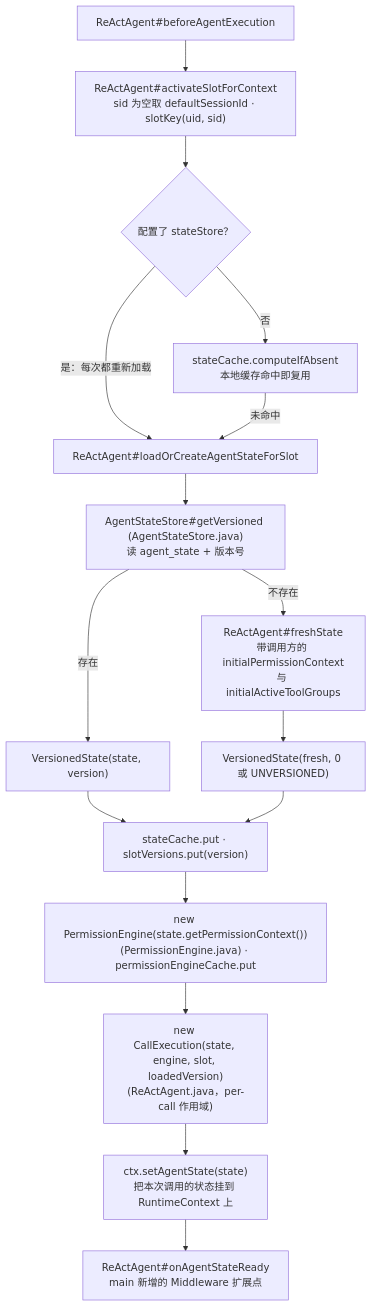
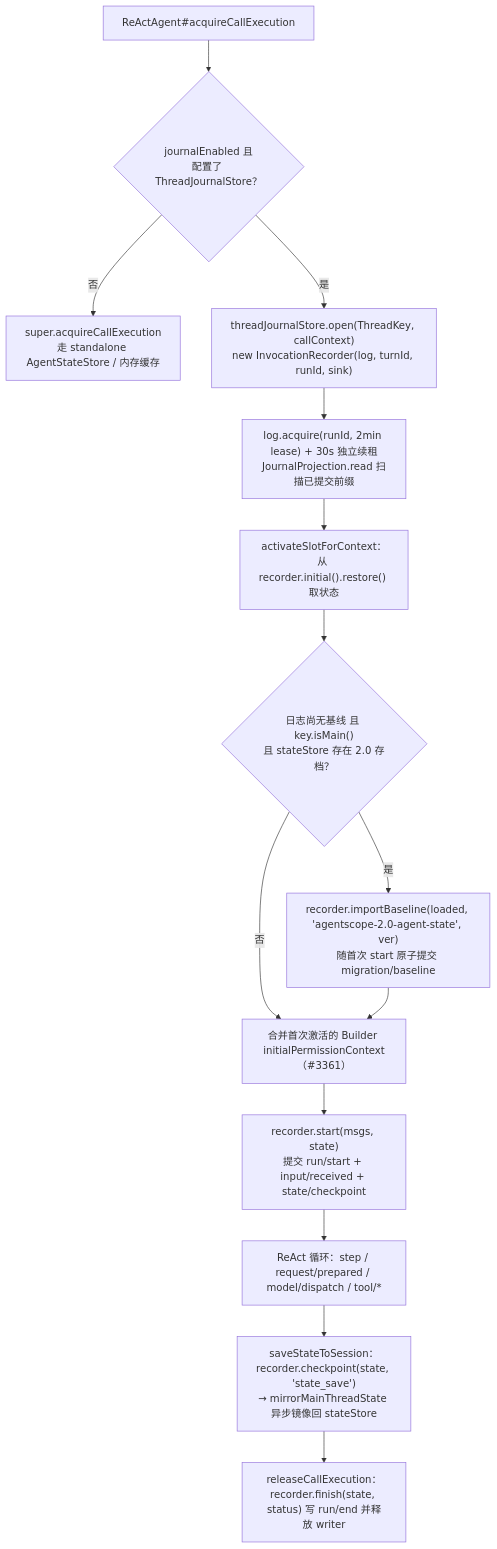
The third of 4 diagrams in 02-消息与状态模型.md (liulangjietou/AgentScope-source-analysis), drawn with Mermaid before and after one commit. The commit also changed other lines of this file and 14 other files, not shown here.

````diff
--- a/02-消息与状态模型.md
+++ b/02-消息与状态模型.md
@@ -255,18 +167,16 @@
 ```mermaid
 flowchart TB
-    BE["ReActAgent#beforeAgentExecution"] --> ACT["ReActAgent#activateSlotForContext<br/>sid 为空取 defaultSessionId · slotKey(uid, sid)"]
-    ACT --> HAS{"配置了 stateStore？"}
-    HAS -->|"否"| MEM["stateCache.computeIfAbsent<br/>本地缓存命中即复用"]
-    HAS -->|"是：每次都重新加载"| LOAD["ReActAgent#loadOrCreateAgentStateForSlot"]
-    MEM -->|"未命中"| LOAD
-    LOAD --> GV["AgentStateStore#getVersioned (AgentStateStore.java)<br/>读 agent_state + 版本号"]
-    GV -->|"存在"| VS["VersionedState(state, version)"]
-    GV -->|"不存在"| FRESH["ReActAgent#freshState<br/>带调用方的 initialPermissionContext<br/>与 initialActiveToolGroups"]
-    FRESH --> VS0["VersionedState(fresh, 0 或 UNVERSIONED)"]
-    VS --> PUT["stateCache.put · slotVersions.put(version)"]
-    VS0 --> PUT
-    PUT --> PE["new PermissionEngine(state.getPermissionContext())<br/>(PermissionEngine.java) · permissionEngineCache.put"]
-    PE --> CE["new CallExecution(state, engine, slot, loadedVersion)<br/>(ReActAgent.java，per-call 作用域)"]
-    CE --> RC["ctx.setAgentState(state)<br/>把本次调用的状态挂到 RuntimeContext 上"]
-    RC --> READY["ReActAgent#onAgentStateReady<br/>main 新增的 Middleware 扩展点"]
+    ACQ["ReActAgent#acquireCallExecution"] --> HAS{"journalEnabled 且<br/>配置了 ThreadJournalStore？"}
+    HAS -->|"否"| LEG["super.acquireCallExecution<br/>走 standalone AgentStateStore / 内存缓存"]
+    HAS -->|"是"| OPEN["threadJournalStore.open(ThreadKey, callContext)<br/>new InvocationRecorder(log, turnId, runId, sink)"]
+    OPEN --> LEASE["log.acquire(runId, 2min lease) + 30s 独立续租<br/>JournalProjection.read 扫描已提交前缀"]
+    LEASE --> SLOT["activateSlotForContext：从 recorder.initial().restore() 取状态"]
+    SLOT --> MIG{"日志尚无基线 且 key.isMain()<br/>且 stateStore 存在 2.0 存档？"}
+    MIG -->|"是"| IMP["recorder.importBaseline(loaded, 'agentscope-2.0-agent-state', ver)<br/>随首次 start 原子提交 migration/baseline"]
+    MIG -->|"否"| PERM["合并首次激活的 Builder initialPermissionContext（#3361）"]
+    IMP --> PERM
+    PERM --> START["recorder.start(msgs, state)<br/>提交 run/start + input/received + state/checkpoint"]
+    START --> LOOP["ReAct 循环：step / request/prepared / model/dispatch / tool/*"]
+    LOOP --> SAVE["saveStateToSession：<br/>recorder.checkpoint(state, 'state_save')<br/>→ mirrorMainThreadState 异步镜像回 stateStore"]
+    SAVE --> REL["releaseCallExecution：<br/>recorder.finish(state, status) 写 run/end 并释放 writer"]
 ```
````
